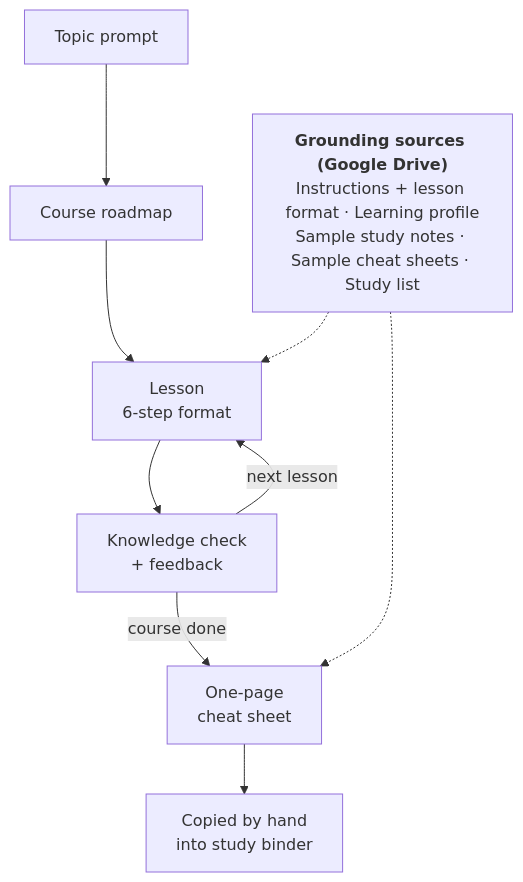
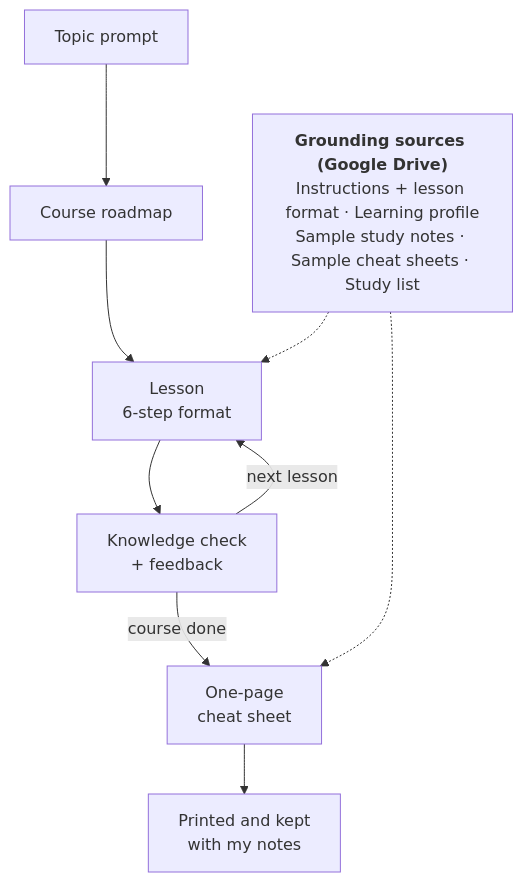
The diagram in README.md (kevinterrier43-byte/personal-ai-educator), drawn with Mermaid before and after one commit. The commit also changed other lines of this file and 3 other files, not shown here.

Commit message:
Update workflow: notes during lessons, cheat sheet printed and kept

````diff
--- a/README.md
+++ b/README.md
@@ -50,12 +50,12 @@
 ```mermaid
 flowchart TB
     S["<b>Grounding sources (Google Drive)</b><br/>Instructions + lesson format · Learning profile<br/>Sample study notes · Sample cheat sheets · Study list"]
     T[Topic prompt] --> R[Course roadmap]
     R --> LS[Lesson<br/>6-step format]
     LS --> K[Knowledge check<br/>+ feedback]
     K -->|next lesson| LS
     K -->|course done| CS[One-page<br/>cheat sheet]
-    CS --> H[Copied by hand<br/>into study binder]
+    CS --> H[Printed and kept<br/>with my notes]
     S -.-> LS
     S -.-> CS
 ```
````
